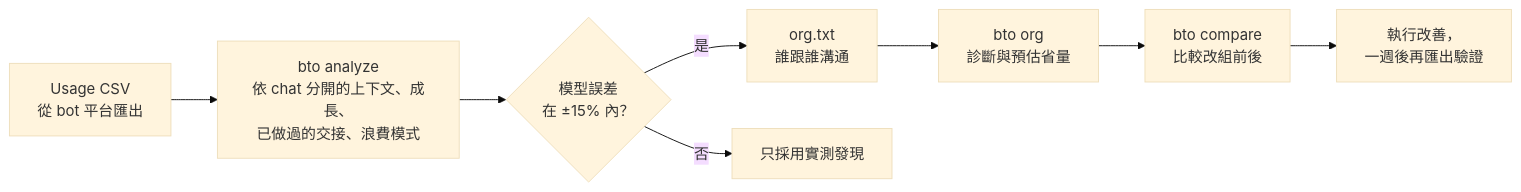
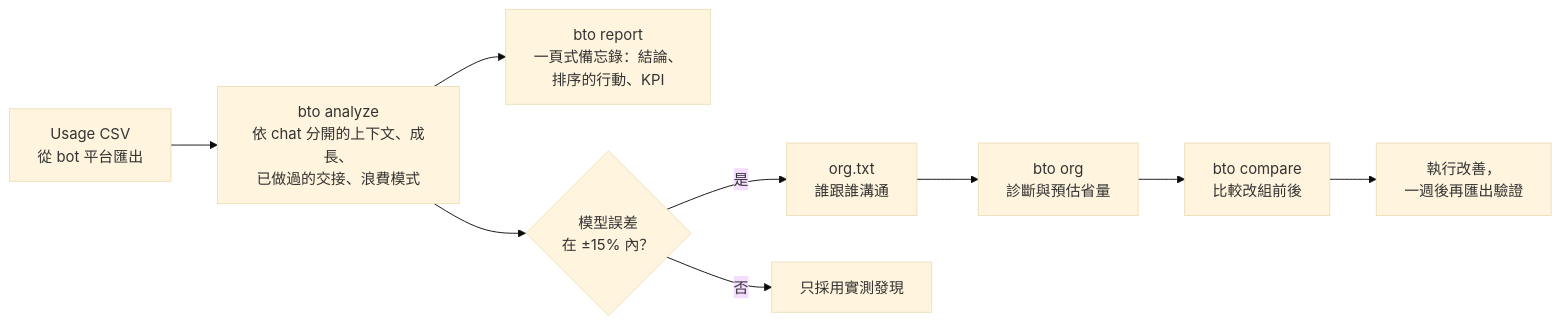
One commit to EndeavorYen/bot-token-optimizer changed the diagram in README.zh-TW.md. Above: the diagram before and after it, drawn with Mermaid (base theme). The commit also changed other lines of this file and 21 other files, not shown here.

First line of the commit message:
Add consultant layer: bto report memo, bto trend, advisor playbook

````diff
--- a/README.zh-TW.md
+++ b/README.zh-TW.md
@@ -177,10 +177,11 @@
 ```mermaid
 flowchart LR
     A[Usage CSV<br/>從 bot 平台匯出] --> B[bto analyze<br/>依 chat 分開的上下文、成長、<br/>已做過的交接、浪費模式]
+    B --> R[bto report<br/>一頁式備忘錄：結論、<br/>排序的行動、KPI]
     B --> C{模型誤差<br/>在 ±15% 內？}
     C -- 是 --> D[org.txt<br/>誰跟誰溝通]
     C -- 否 --> E[只採用實測發現]
     D --> F[bto org<br/>診斷與預估省量]
     F --> G[bto compare<br/>比較改組前後]
     G --> H[執行改善，<br/>一週後再匯出驗證]
 ```
````
